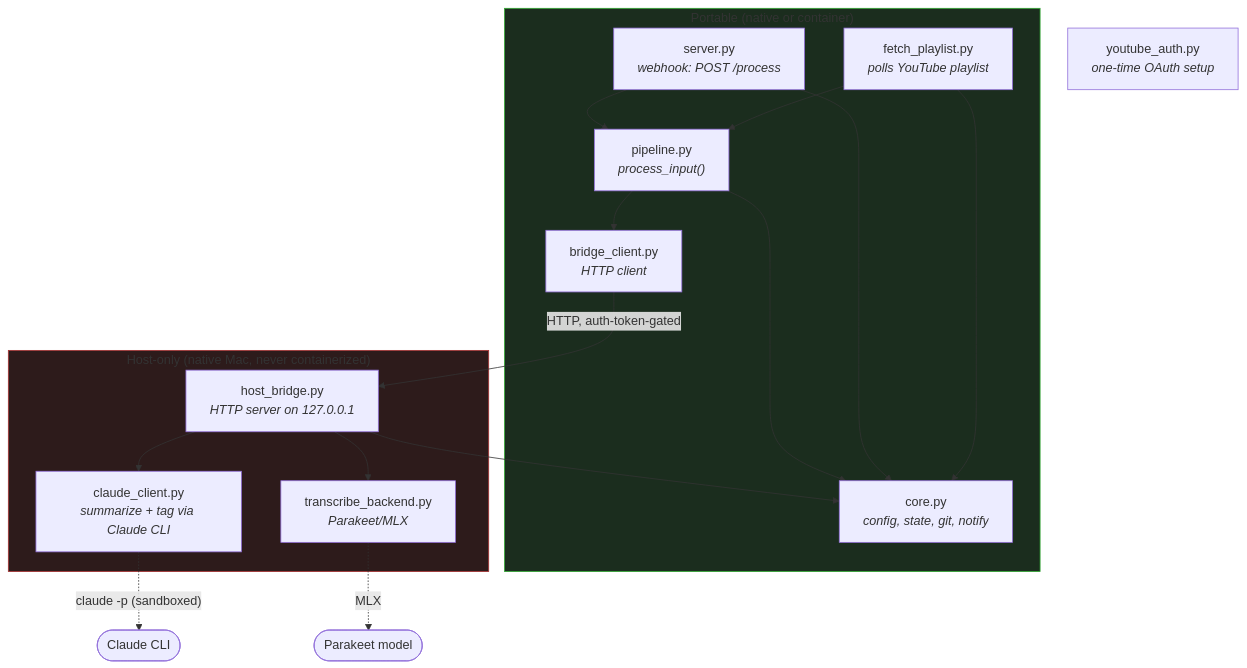
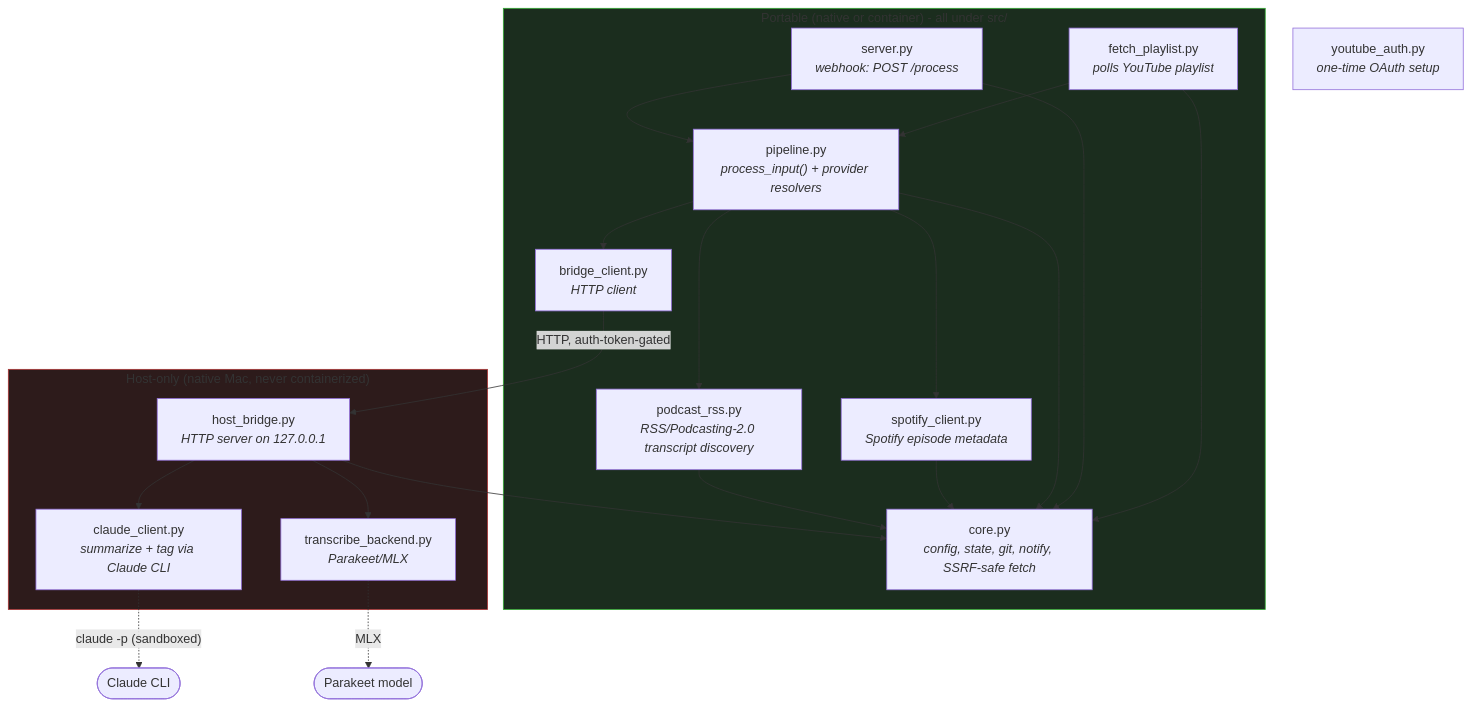
One commit to s1nack-dev/media-2-obsidian changed the first of 7 diagrams in docs/architecture.md. Above: the diagram before and after it, drawn with Mermaid. The commit also changed other lines of this file, not shown here.

First line of the commit message:
Expand architecture docs: add pipeline, resolvers, and Spotify/RSS flow

````diff
--- a/docs/architecture.md
+++ b/docs/architecture.md
@@ -13,34 +13,40 @@
 ```mermaid
 flowchart TB
-    subgraph portable["Portable (native or container)"]
+    subgraph portable["Portable (native or container) - all under src/"]
         fetch["fetch_playlist.py<br/><i>polls YouTube playlist</i>"]
         server["server.py<br/><i>webhook: POST /process</i>"]
-        pipeline["pipeline.py<br/><i>process_input()</i>"]
+        pipeline["pipeline.py<br/><i>process_input() + provider resolvers</i>"]
+        spotify["spotify_client.py<br/><i>Spotify episode metadata</i>"]
+        podcastrss["podcast_rss.py<br/><i>RSS/Podcasting-2.0 transcript discovery</i>"]
         bridgeclient["bridge_client.py<br/><i>HTTP client</i>"]
-        core["core.py<br/><i>config, state, git, notify</i>"]
+        core["core.py<br/><i>config, state, git, notify, SSRF-safe fetch</i>"]
     end
 
     subgraph hostonly["Host-only (native Mac, never containerized)"]
         bridge["host_bridge.py<br/><i>HTTP server on 127.0.0.1</i>"]
         claude["claude_client.py<br/><i>summarize + tag via Claude CLI</i>"]
         transcribe["transcribe_backend.py<br/><i>Parakeet/MLX</i>"]
     end
 
     auth["youtube_auth.py<br/><i>one-time OAuth setup</i>"]
 
     fetch --> pipeline
     server --> pipeline
     fetch --> core
     server --> core
     pipeline --> core
+    pipeline --> spotify
+    pipeline --> podcastrss
+    spotify --> core
+    podcastrss --> core
     pipeline --> bridgeclient
     bridgeclient -- "HTTP, auth-token-gated" --> bridge
     bridge --> claude
     bridge --> transcribe
     bridge --> core
     claude -. "claude -p (sandboxed)" .-> claudeCLI(["Claude CLI"])
     transcribe -. "MLX" .-> parakeet(["Parakeet model"])
 
     style hostonly fill:#2d1b1b,stroke:#a33
     style portable fill:#1b2d1e,stroke:#3a3
 ```
````
